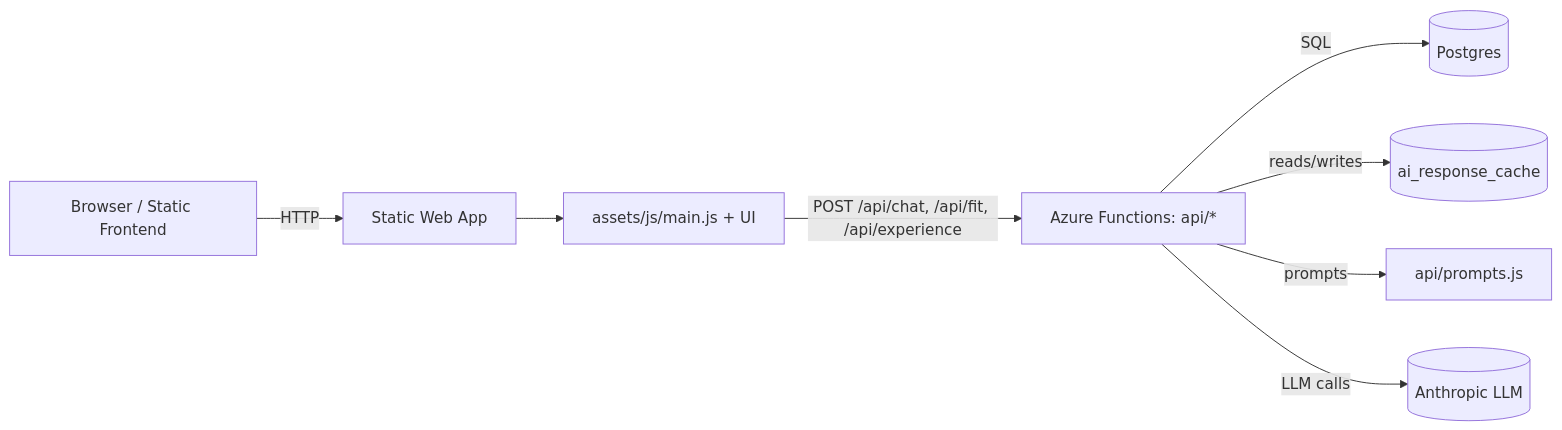
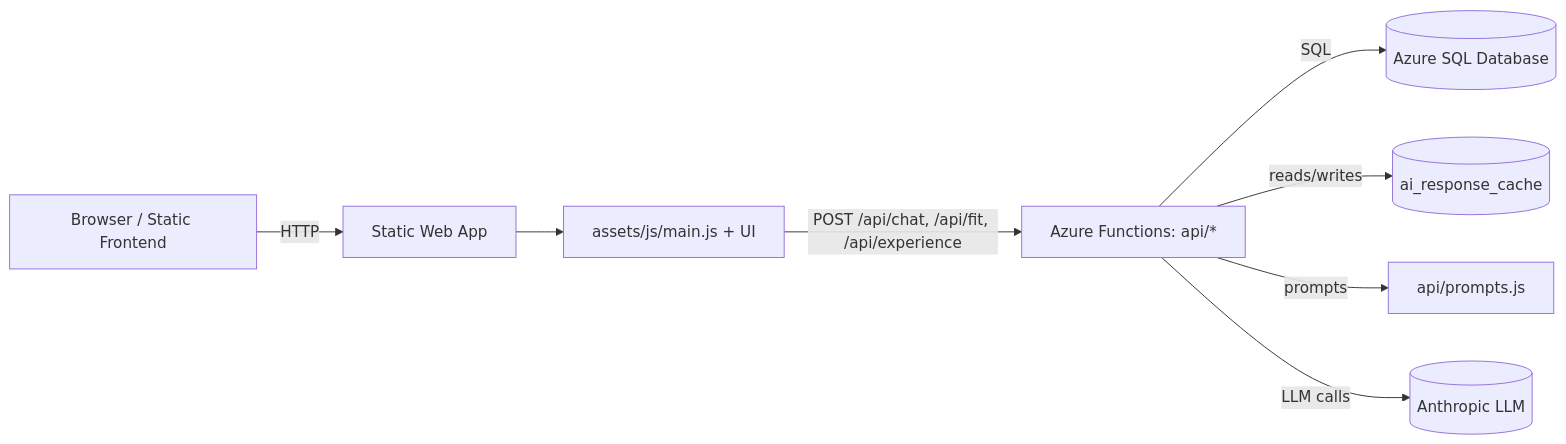
The first of 5 diagrams in docs/DESIGN.md (devgoon/me), drawn with Mermaid before and after one commit. The commit also changed other lines of this file and 5 other files, not shown here.

````diff
--- a/docs/DESIGN.md
+++ b/docs/DESIGN.md
@@ -11,10 +11,10 @@
 ```mermaid
 flowchart LR
   Browser[Browser / Static Frontend] -->|HTTP| SWA[Static Web App]
   SWA --> FrontendJS[assets/js/main.js + UI]
   FrontendJS -->|POST /api/chat, /api/fit, /api/experience| API[Azure Functions: api/*]
-  API -->|SQL| DB[(Postgres)]
+  API -->|SQL| DB[(Azure SQL Database)]
   API -->|reads/writes| Cache[(ai_response_cache)]
   API -->|prompts| Prompts[api/prompts.js]
   API -->|LLM calls| Anthropic[(Anthropic LLM)]
 ```
````
